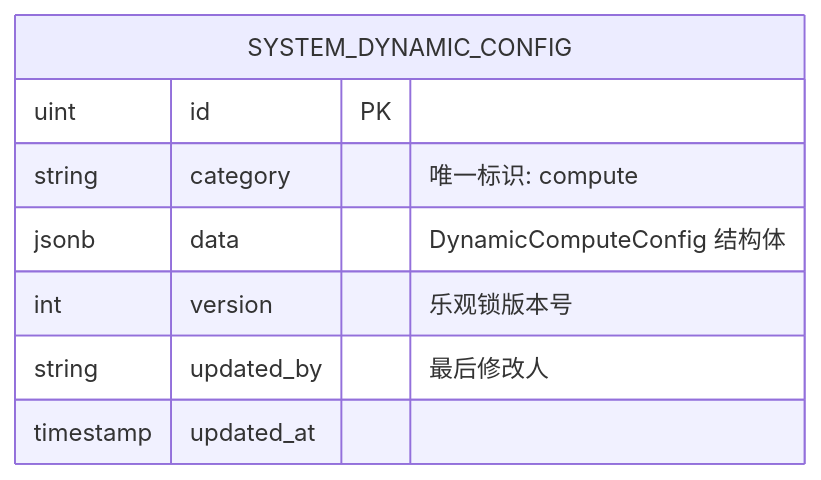
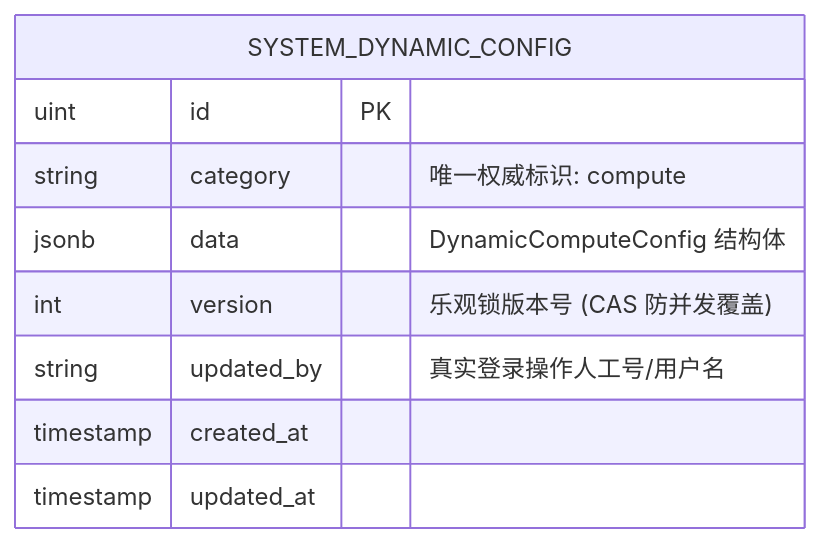
The second of 3 diagrams in docs/03-rfcs/RFC-005-系统配置动静分离与算力管理极简化重构设计.md (fugui/code-shield), drawn with Mermaid before and after one commit. The commit also changed other lines of this file and 1 other file, not shown here.

````diff
--- a/docs/03-rfcs/RFC-005-系统配置动静分离与算力管理极简化重构设计.md
+++ b/docs/03-rfcs/RFC-005-系统配置动静分离与算力管理极简化重构设计.md
@@ -136,11 +163,12 @@
 ```mermaid
 erDiagram
     SYSTEM_DYNAMIC_CONFIG {
         uint id PK
-        string category "唯一标识: compute"
+        string category "唯一权威标识: compute"
         jsonb data "DynamicComputeConfig 结构体"
-        int version "乐观锁版本号"
-        string updated_by "最后修改人"
+        int version "乐观锁版本号 (CAS 防并发覆盖)"
+        string updated_by "真实登录操作人工号/用户名"
+        timestamp created_at
         timestamp updated_at
     }
 ```
````
